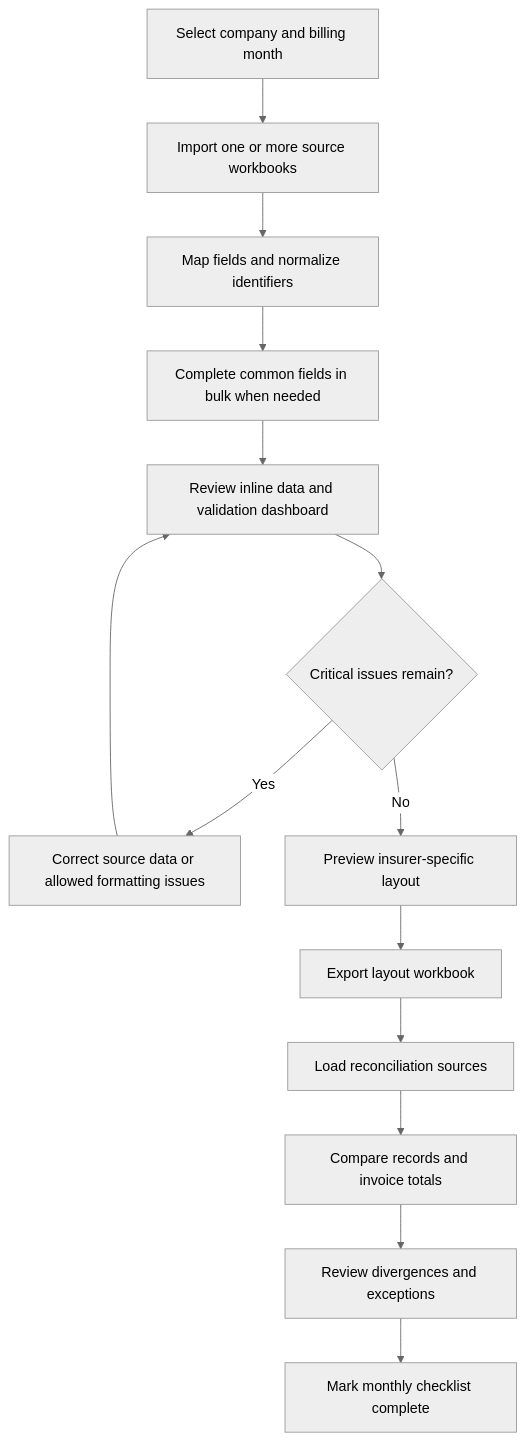
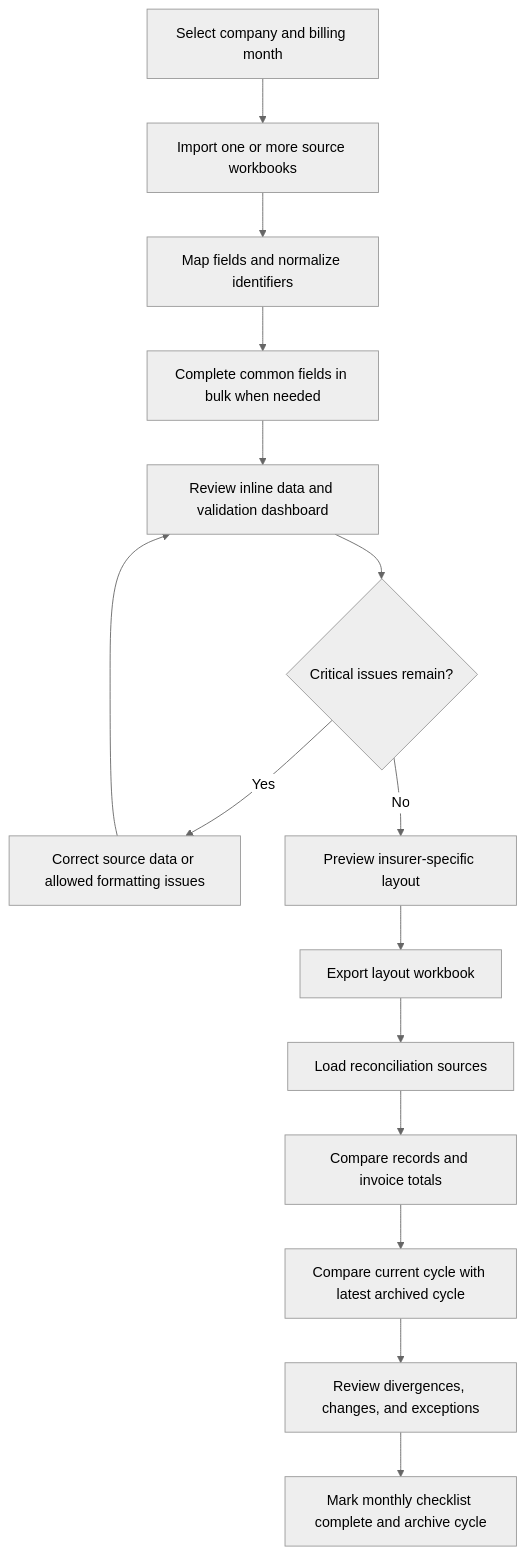
One commit to ps2927306-ctrl/life-insurance-billing-plataform changed the diagram in docs/process-flow.md. Above: the diagram before and after it, drawn with Mermaid (neutral theme). The commit also changed other lines of this file and 7 other files, not shown here.

````diff
--- a/docs/process-flow.md
+++ b/docs/process-flow.md
@@ -5,16 +5,17 @@
 ```mermaid
 flowchart TD
   A[Select company and billing month] --> B[Import one or more source workbooks]
   B --> C[Map fields and normalize identifiers]
   C --> D[Complete common fields in bulk when needed]
   D --> E[Review inline data and validation dashboard]
   E --> F{Critical issues remain?}
   F -- Yes --> G[Correct source data or allowed formatting issues]
   G --> E
   F -- No --> H[Preview insurer-specific layout]
   H --> I[Export layout workbook]
   I --> J[Load reconciliation sources]
   J --> K[Compare records and invoice totals]
-  K --> L[Review divergences and exceptions]
-  L --> M[Mark monthly checklist complete]
+  K --> L[Compare current cycle with latest archived cycle]
+  L --> M[Review divergences, changes, and exceptions]
+  M --> N[Mark monthly checklist complete and archive cycle]
 ```
````
